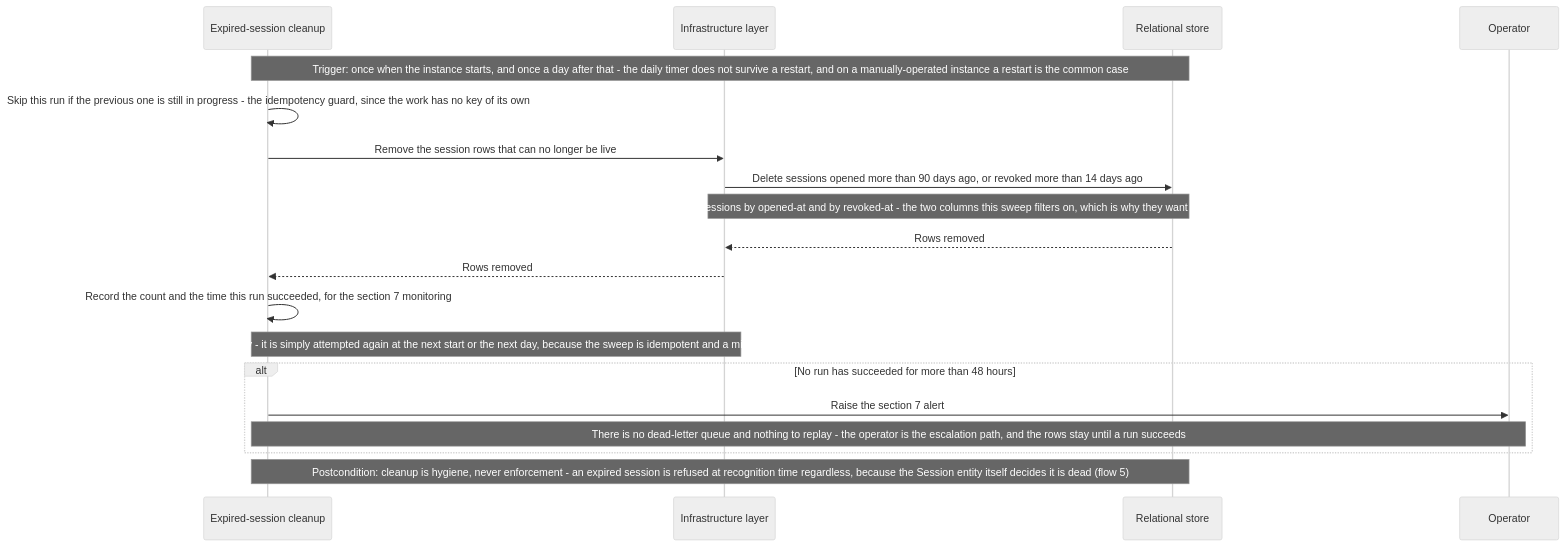
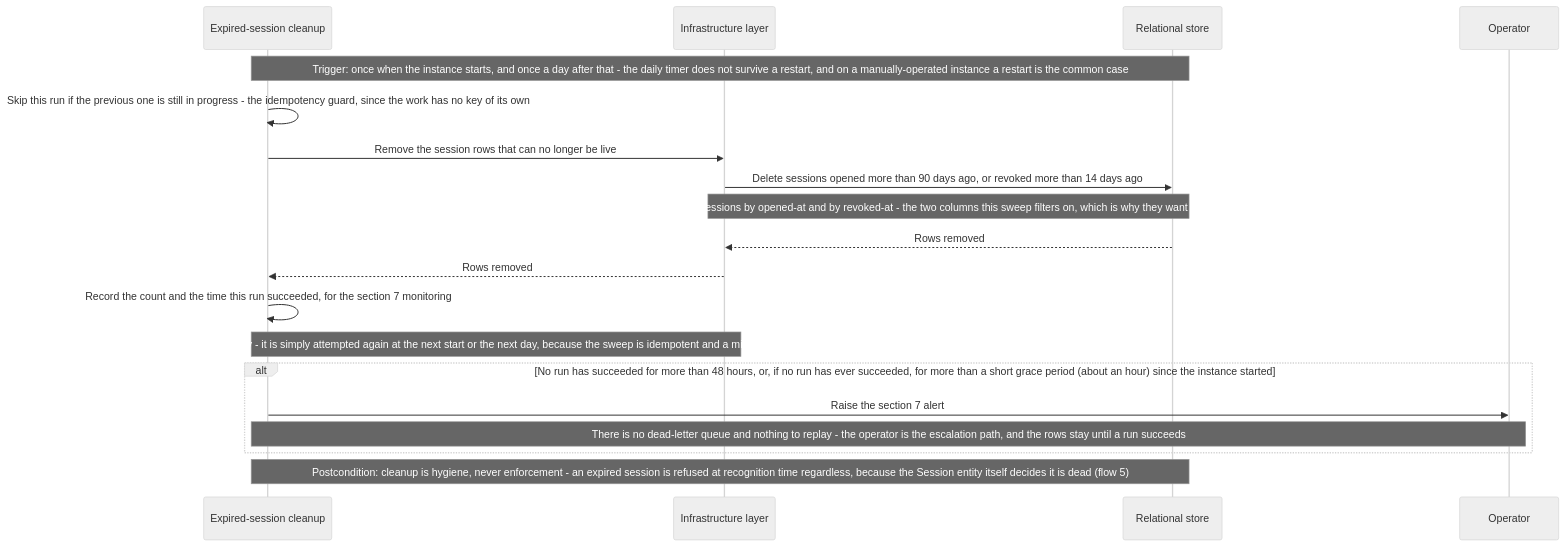
The ninth of 9 diagrams in docs/features/accounts-and-sessions/sad.md (alex-korneyko/Uniqua.Projector), drawn with Mermaid (neutral theme) before and after one commit. The commit also changed other lines of this file and 2 other files, not shown here.

````diff
--- a/docs/features/accounts-and-sessions/sad.md
+++ b/docs/features/accounts-and-sessions/sad.md
@@ -446,22 +446,22 @@
 ```mermaid
 sequenceDiagram
     participant Cleanup as Expired-session cleanup
     participant Infra as Infrastructure layer
     participant Db as Relational store
     participant Ops as Operator
 
     Note over Cleanup,Db: Trigger: once when the instance starts, and once a day after that - the daily timer does not survive a restart, and on a manually-operated instance a restart is the common case
     Cleanup->>Cleanup: Skip this run if the previous one is still in progress - the idempotency guard, since the work has no key of its own
     Cleanup->>Infra: Remove the session rows that can no longer be live
     Infra->>Db: Delete sessions opened more than 90 days ago, or revoked more than 14 days ago
     Note over Infra,Db: reads sessions by opened-at and by revoked-at - the two columns this sweep filters on, which is why they want indexes
     Db-->>Infra: Rows removed
     Infra-->>Cleanup: Rows removed
     Cleanup->>Cleanup: Record the count and the time this run succeeded, for the section 7 monitoring
     Note over Cleanup,Infra: A failed run is not retried immediately - it is simply attempted again at the next start or the next day, because the sweep is idempotent and a missed run costs nothing but table size
-    alt No run has succeeded for more than 48 hours
+    alt No run has succeeded for more than 48 hours, or, if no run has ever succeeded, for more than a short grace period (about an hour) since the instance started
         Cleanup->>Ops: Raise the section 7 alert
         Note over Cleanup,Ops: There is no dead-letter queue and nothing to replay - the operator is the escalation path, and the rows stay until a run succeeds
     end
     Note over Cleanup,Db: Postcondition: cleanup is hygiene, never enforcement - an expired session is refused at recognition time regardless, because the Session entity itself decides it is dead (flow 5)
 ```
````
